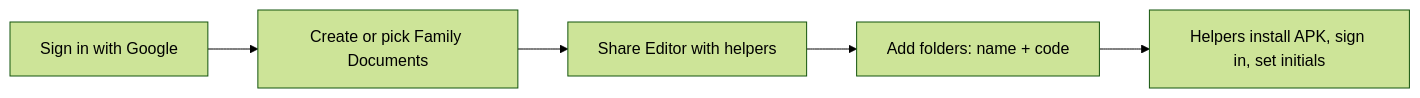
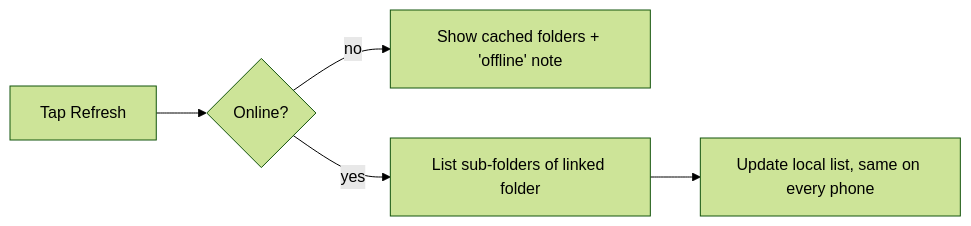
The fifth of 5 diagrams in docsnap/docs/04-Flowcharts.md (rahulbalaraddi-analytics/app-lab), drawn with Mermaid (forest theme) before and after one commit. The commit also changed other lines of this file and 5 other files, not shown here.

First line of the commit message:
docs(docsnap): single/multi-page modes, 5-page checkpoints, name lock, Drive folder link, HD quality

````diff
--- a/docsnap/docs/04-Flowcharts.md
+++ b/docsnap/docs/04-Flowcharts.md
@@ -43,7 +65,6 @@
 ```mermaid
 flowchart LR
-  A[Sign in with Google] --> B[Create or pick Family Documents]
-  B --> C[Share Editor with helpers]
-  C --> D[Add folders: name + code]
-  D --> E[Helpers install APK, sign in, set initials]
+  A[Tap Refresh] --> B{Online?}
+  B -- no --> C[Show cached folders + 'offline' note]
+  B -- yes --> D[List sub-folders of linked folder] --> E[Update local list, same on every phone]
 ```
````
